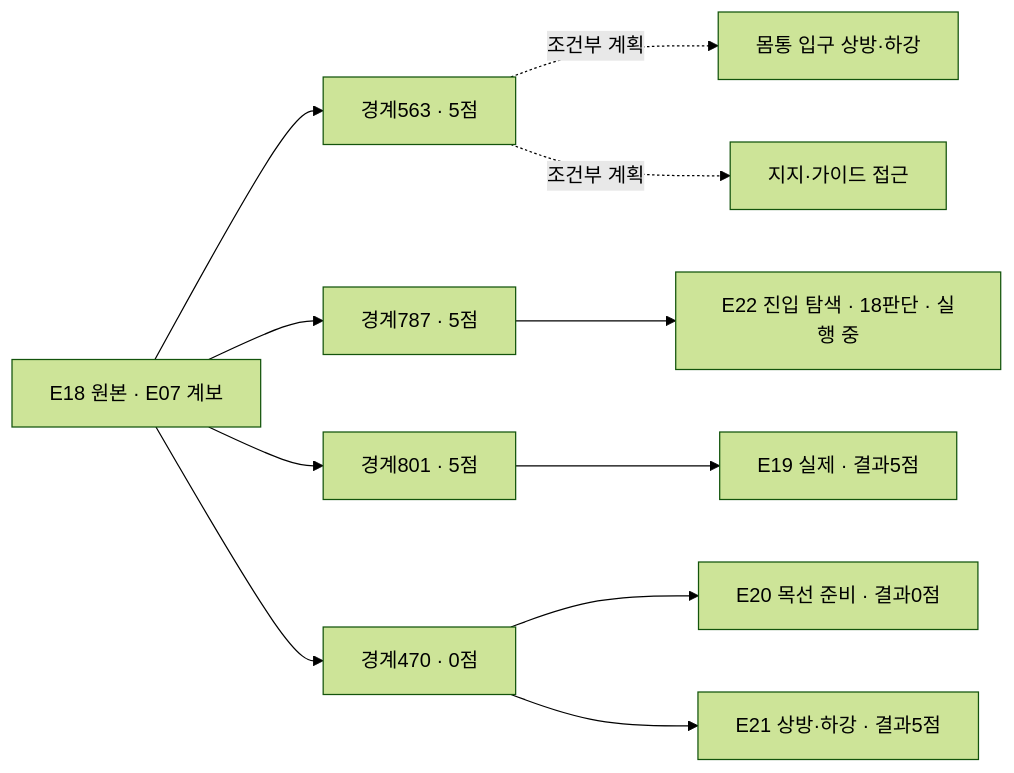
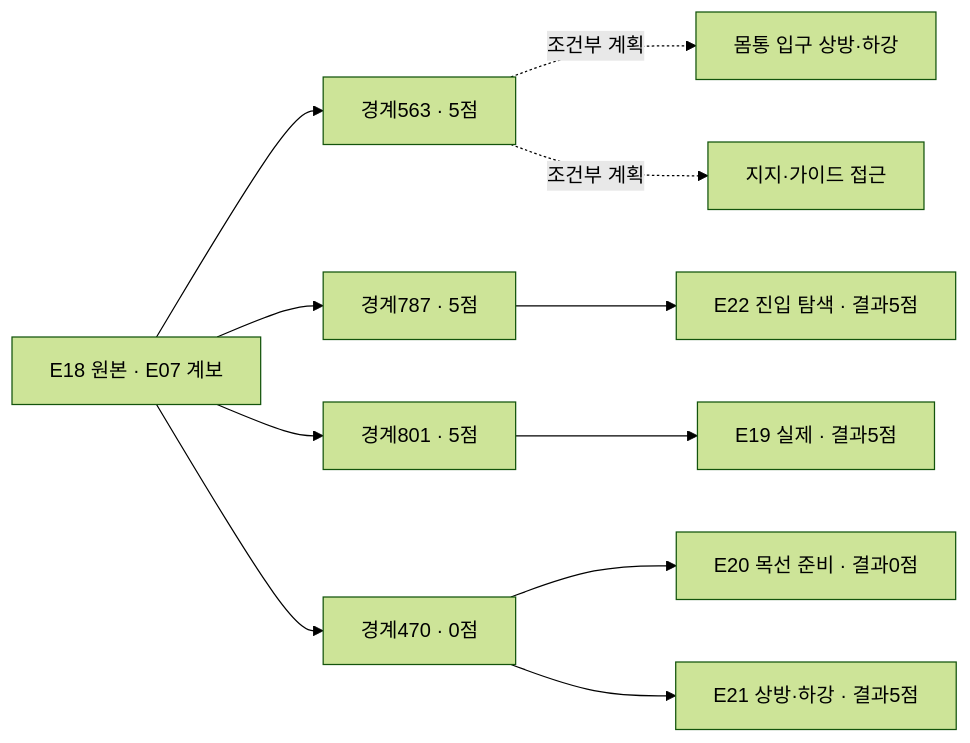
Before and after one commit to leonyoon-3dai/PhyRC_2027_phase1: the diagram in docs/collection/catalog/README.ko.md, drawn with Mermaid (forest theme). The commit also changed other lines of this file and 54 other files, not shown here.

````diff
--- a/docs/collection/catalog/README.ko.md
+++ b/docs/collection/catalog/README.ko.md
@@ -25,13 +25,13 @@
 ```mermaid
 flowchart LR
   E18["E18 원본 · E07 계보"] --> P563["경계563 · 5점"]
   E18 --> P787["경계787 · 5점"]
   E18 --> P801["경계801 · 5점"]
   E18 --> P470["경계470 · 0점"]
   P563 -. "조건부 계획" .-> O["몸통 입구 상방·하강"]
   P563 -. "조건부 계획" .-> G["지지·가이드 접근"]
   P801 --> E19["E19 실제 · 결과5점"]
   P470 --> E20["E20 목선 준비 · 결과0점"]
   P470 --> E21["E21 상방·하강 · 결과5점"]
-  P787 --> E22["E22 진입 탐색 · 18판단 · 실행 중"]
+  P787 --> E22["E22 진입 탐색 · 결과5점"]
 ```
````
